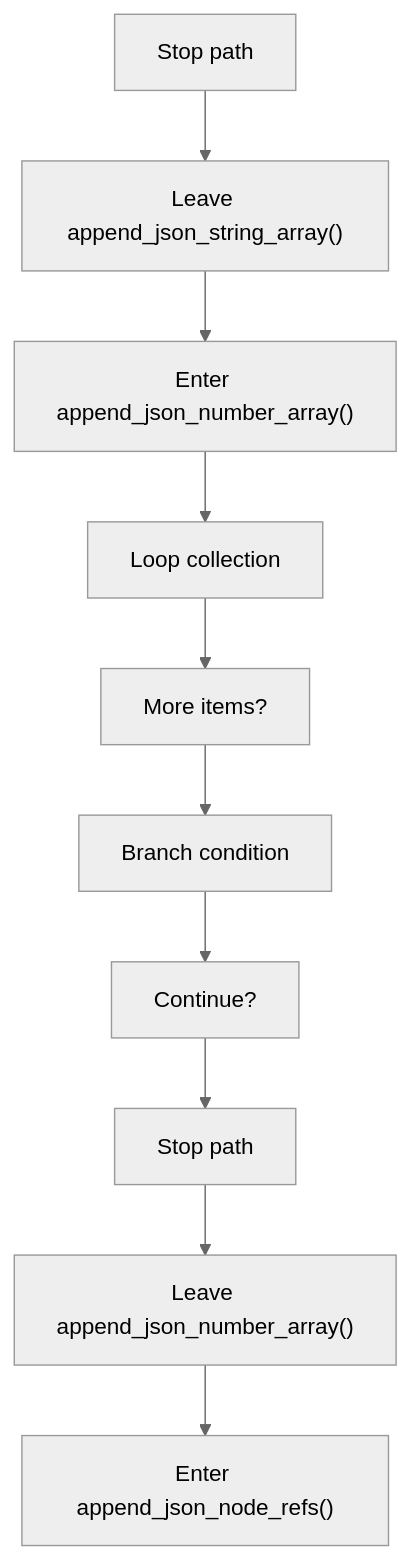
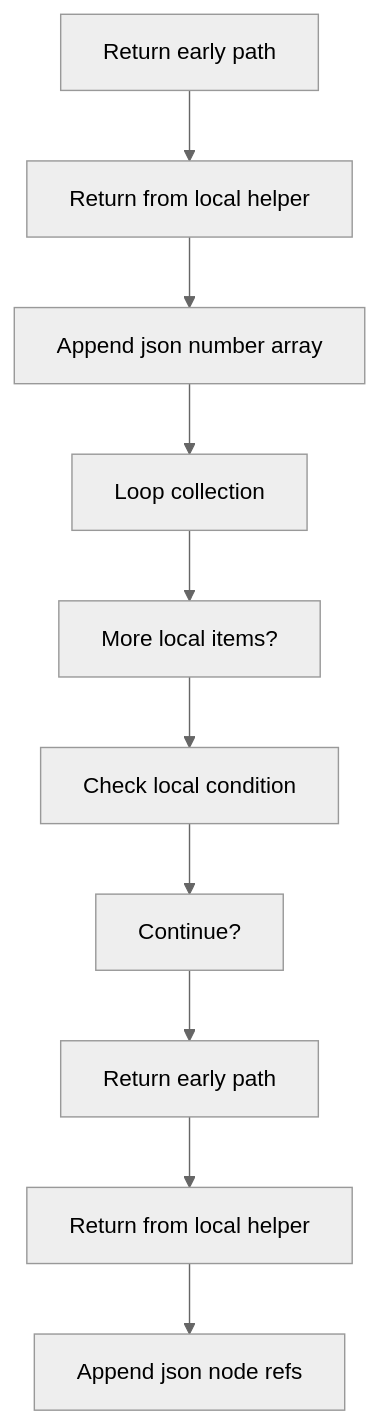
The second of 8 diagrams in docs/Codebase/Microservice/Modules/Source/OutputGeneration/UnitTestGeneration/Flow/algorithm_pipeline_program_flow_02.cpp.md (JohnAndrewBalbarosa/NeoTerritory), drawn with Mermaid (neutral theme) before and after one commit. The commit also changed other lines of this file and 915 other files, not shown here.

````diff
--- a/docs/Codebase/Microservice/Modules/Source/OutputGeneration/UnitTestGeneration/Flow/algorithm_pipeline_program_flow_02.cpp.md
+++ b/docs/Codebase/Microservice/Modules/Source/OutputGeneration/UnitTestGeneration/Flow/algorithm_pipeline_program_flow_02.cpp.md
@@ -35,22 +35,22 @@
 ```mermaid
 flowchart TD
-    N0["Stop path"]
-    N1["Leave append_json_string_array()"]
-    N2["Enter append_json_number_array()"]
+    N0["Return early path"]
+    N1["Return from local helper"]
+    N2["Append json number array"]
     N3["Loop collection"]
-    N4["More items?"]
-    N5["Branch condition"]
+    N4["More local items?"]
+    N5["Check local condition"]
     N6["Continue?"]
-    N7["Stop path"]
-    N8["Leave append_json_number_array()"]
-    N9["Enter append_json_node_refs()"]
+    N7["Return early path"]
+    N8["Return from local helper"]
+    N9["Append json node refs"]
     N0 --> N1
     N1 --> N2
     N2 --> N3
     N3 --> N4
     N4 --> N5
     N5 --> N6
     N6 --> N7
     N7 --> N8
     N8 --> N9
 ```
````
